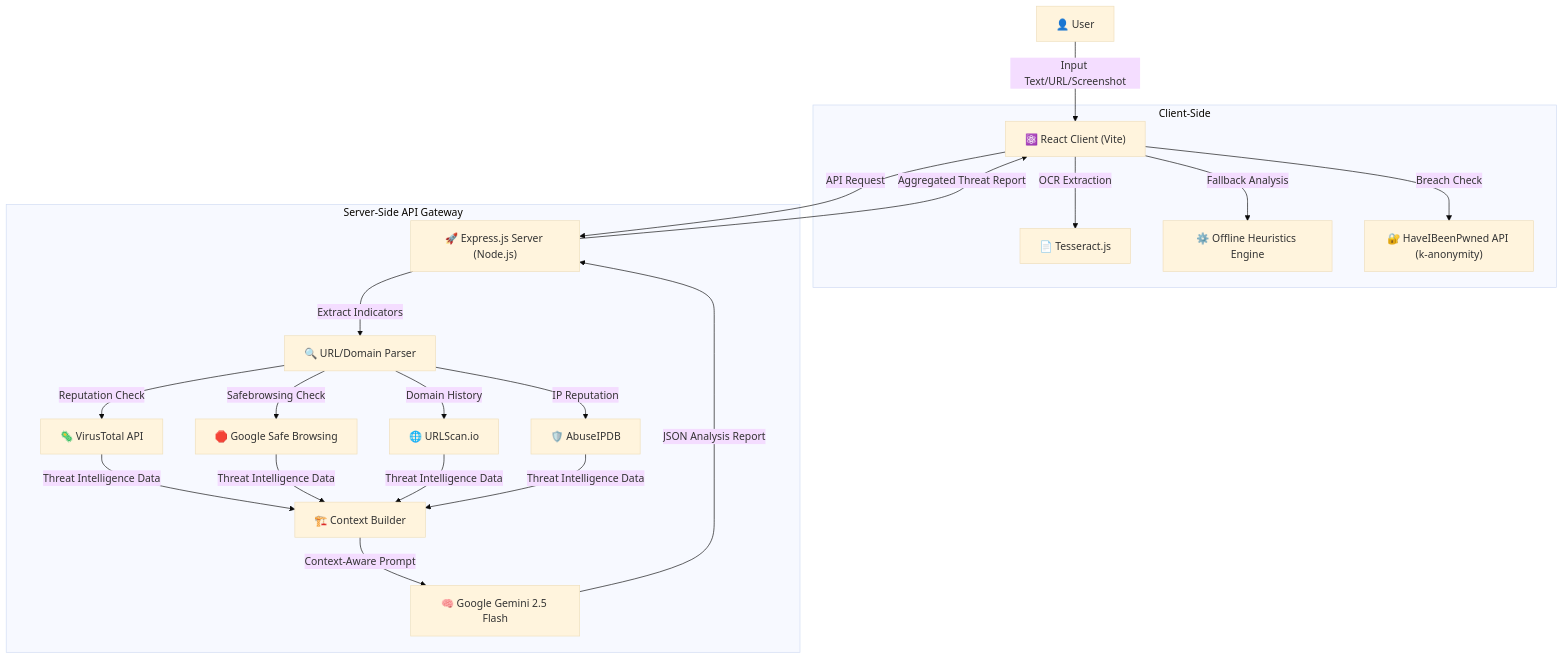
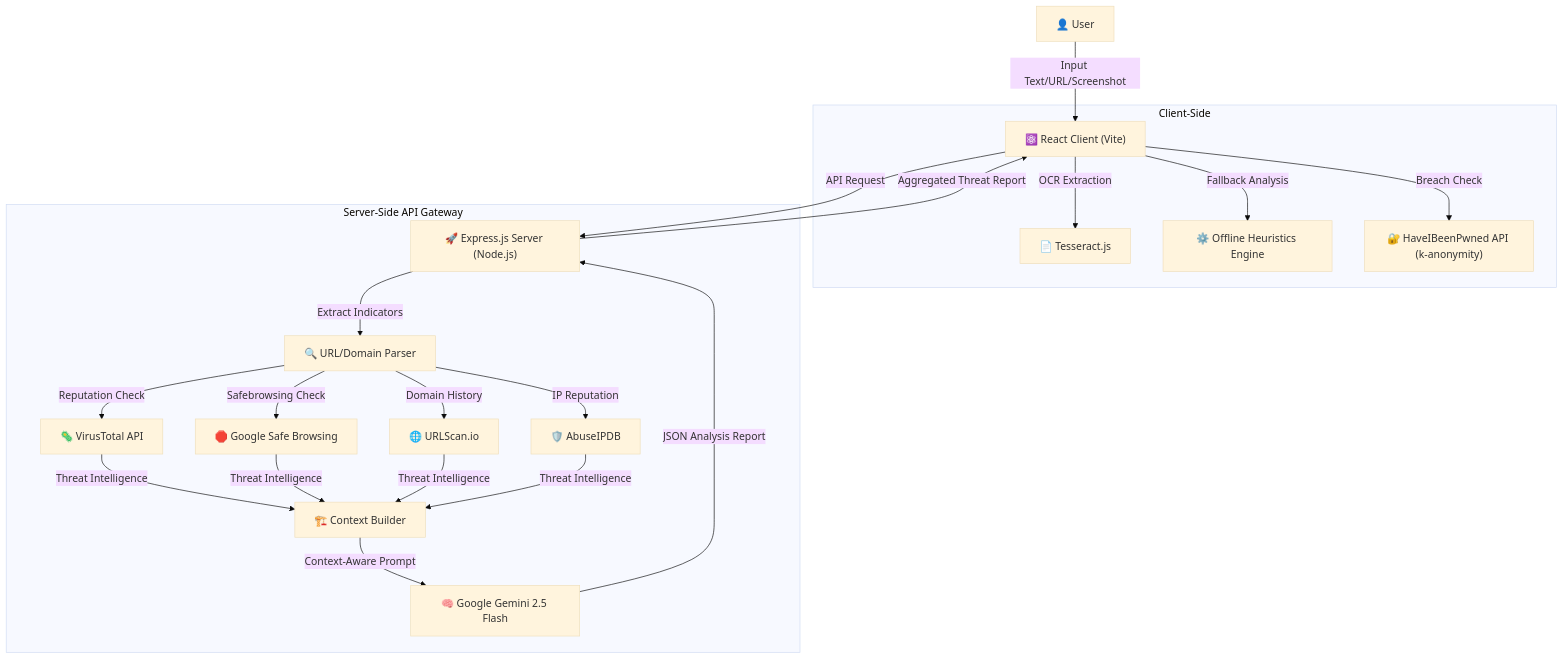
The diagram in README.md (Samyak-Waghmare/cyberlens), drawn with Mermaid (base theme) before and after one commit.

Commit message:
docs: fix mermaid architecture diagram syntax for maximum compatibility

````diff
--- a/README.md
+++ b/README.md
@@ -61,28 +61,31 @@
 ```mermaid
 graph TD
     User["👤 User"] -->|Input Text/URL/Screenshot| Frontend["⚛️ React Client (Vite)"]
     
     subgraph Client-Side
         Frontend -->|OCR Extraction| Tesseract["📄 Tesseract.js"]
         Frontend -->|Fallback Analysis| OfflineEngine["⚙️ Offline Heuristics Engine"]
         Frontend -->|Breach Check| HIBP["🔐 HaveIBeenPwned API (k-anonymity)"]
     end
     
     Frontend -->|API Request| Backend["🚀 Express.js Server (Node.js)"]
     
     subgraph Server-Side API Gateway
         Backend -->|Extract Indicators| RegexParser["🔍 URL/Domain Parser"]
         
         RegexParser -->|Reputation Check| VT["🦠 VirusTotal API"]
         RegexParser -->|Safebrowsing Check| GoogleSB["🛑 Google Safe Browsing"]
         RegexParser -->|Domain History| URLScan["🌐 URLScan.io"]
         RegexParser -->|IP Reputation| AbuseIPDB["🛡️ AbuseIPDB"]
         
-        VT & GoogleSB & URLScan & AbuseIPDB -->|Threat Intelligence Data| PromptBuilder["🏗️ Context Builder"]
+        VT -->|Threat Intelligence| PromptBuilder["🏗️ Context Builder"]
+        GoogleSB -->|Threat Intelligence| PromptBuilder
+        URLScan -->|Threat Intelligence| PromptBuilder
+        AbuseIPDB -->|Threat Intelligence| PromptBuilder
         
         PromptBuilder -->|Context-Aware Prompt| Gemini["🧠 Google Gemini 2.5 Flash"]
     end
     
     Gemini -->|JSON Analysis Report| Backend
     Backend -->|Aggregated Threat Report| Frontend
 ```
````
